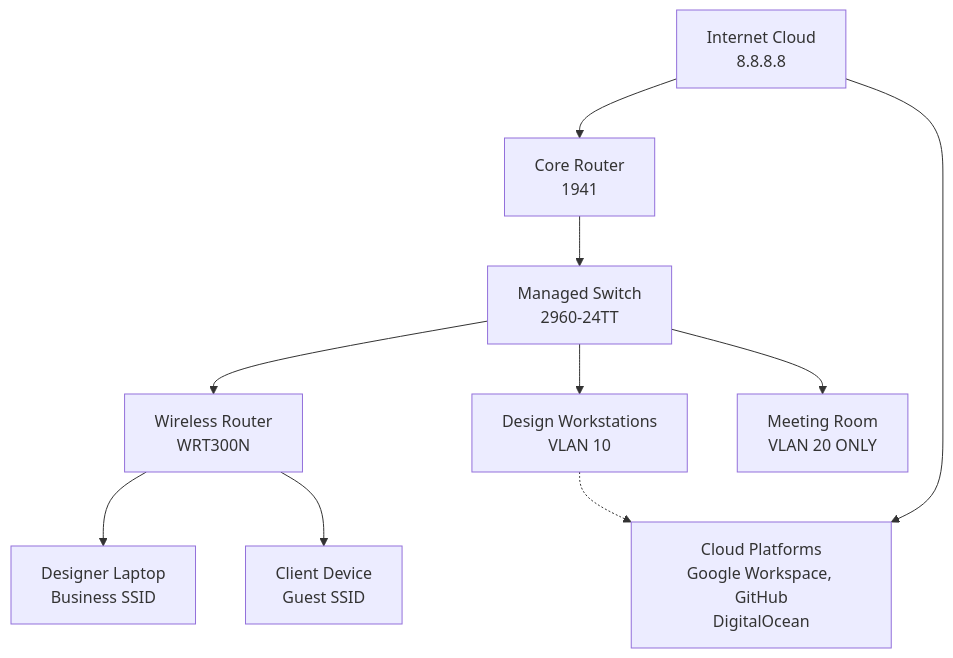
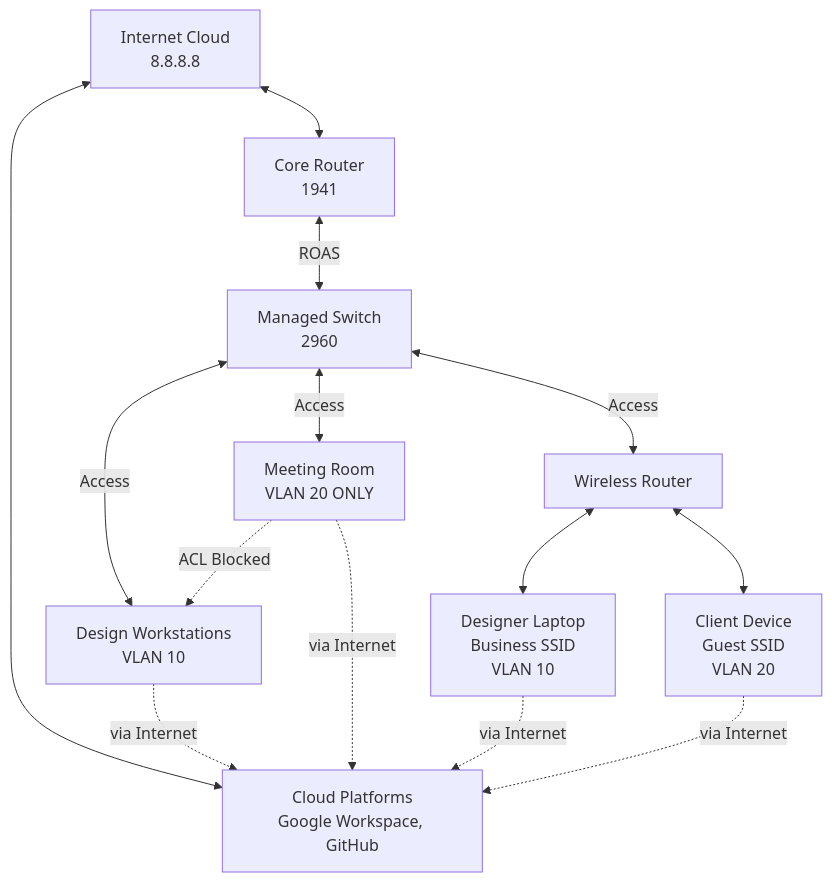
One commit to rick-homelab/business-network-simulations changed the first of 2 diagrams in project-01-soho-network/DETAILED-DOCUMENTATION.md. Above: the diagram before and after it, drawn with Mermaid. The commit also changed other lines of this file, not shown here.

````diff
--- a/project-01-soho-network/DETAILED-DOCUMENTATION.md
+++ b/project-01-soho-network/DETAILED-DOCUMENTATION.md
@@ -59,17 +59,22 @@
 ```mermaid
 graph TB
-    INTERNET[Internet Cloud<br/>8.8.8.8] --> R1[Core Router<br/>1941]
+    INTERNET[Internet Cloud<br/>8.8.8.8] <--> R1[Core Router<br/>1941]
     
-    R1 --> SW1[Managed Switch<br/>2960-24TT]
+    R1 <--> |ROAS| SW1[Managed Switch<br/>2960]
+
+    SW1 <--> |Access| AP1[Wireless Router]
+    SW1 <--> |Access| WORKSTATION[Design Workstations<br/>VLAN 10]
+    SW1 <--> |Access| MEETING[Meeting Room<br/>VLAN 20 ONLY]
     
-    SW1 --> AP1[Wireless Router<br/>WRT300N]
-    SW1 --> WORKSTATION[Design Workstations<br/>VLAN 10]
-    SW1 --> MEETING[Meeting Room<br/>VLAN 20 ONLY]
+    AP1 <--> LAPTOP[Designer Laptop<br/>Business SSID<br/>VLAN 10]
+    AP1 <--> CLIENT[Client Device<br/>Guest SSID<br/>VLAN 20]
     
-    AP1 --> LAPTOP[Designer Laptop<br/>Business SSID]
-    AP1 --> CLIENT[Client Device<br/>Guest SSID]
+    INTERNET <--> CLOUD[Cloud Platforms<br/>Google Workspace, GitHub]
     
-    INTERNET --> CLOUD[Cloud Platforms<br/>Google Workspace, GitHub<br/>DigitalOcean]
-    
-    WORKSTATION -.-> CLOUD
+    WORKSTATION -.-> |via Internet| CLOUD
+    MEETING -.-> |via Internet| CLOUD
+    LAPTOP -.-> |via Internet| CLOUD
+    CLIENT -.-> |via Internet| CLOUD
+
+    MEETING -.-> |ACL Blocked| WORKSTATION
 ```
````
